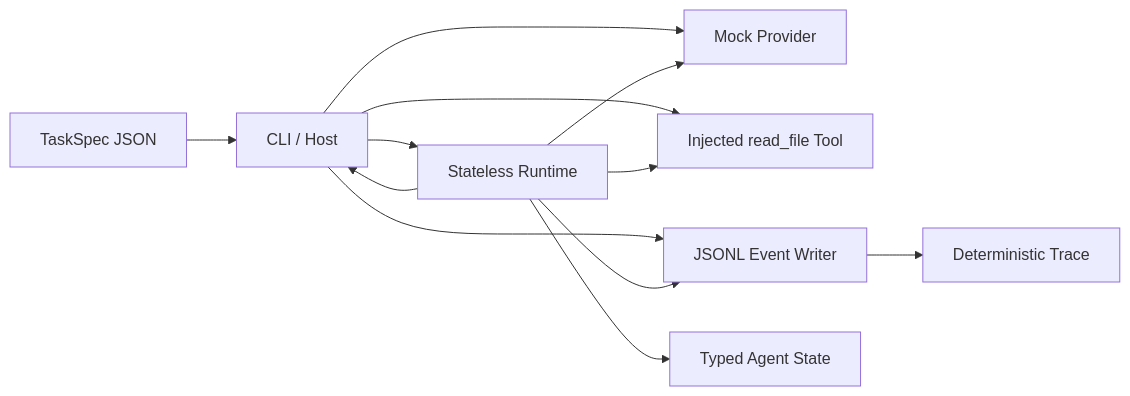
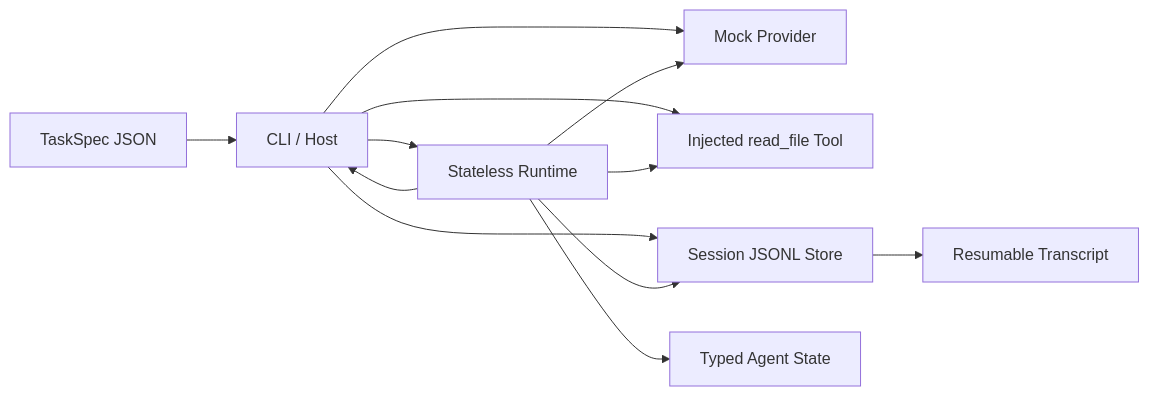
One commit to SkyNet-T-800/CodeL changed the diagram in README.md. Above: the diagram before and after it, drawn with Mermaid. The commit also changed other lines of this file and 119 other files, not shown here.

````diff
--- a/README.md
+++ b/README.md
@@ -99,14 +88,14 @@
 ```mermaid
 flowchart LR
   T["TaskSpec JSON"] --> H["CLI / Host"]
   H --> R["Stateless Runtime"]
   H --> P["Mock Provider"]
   H --> X["Injected read_file Tool"]
-  H --> W["JSONL Event Writer"]
+  H --> W["Session JSONL Store"]
   R --> P
   R --> X
   R --> S["Typed Agent State"]
   R --> W
-  W --> J["Deterministic Trace"]
+  W --> J["Resumable Transcript"]
   R --> H
 ```
````
